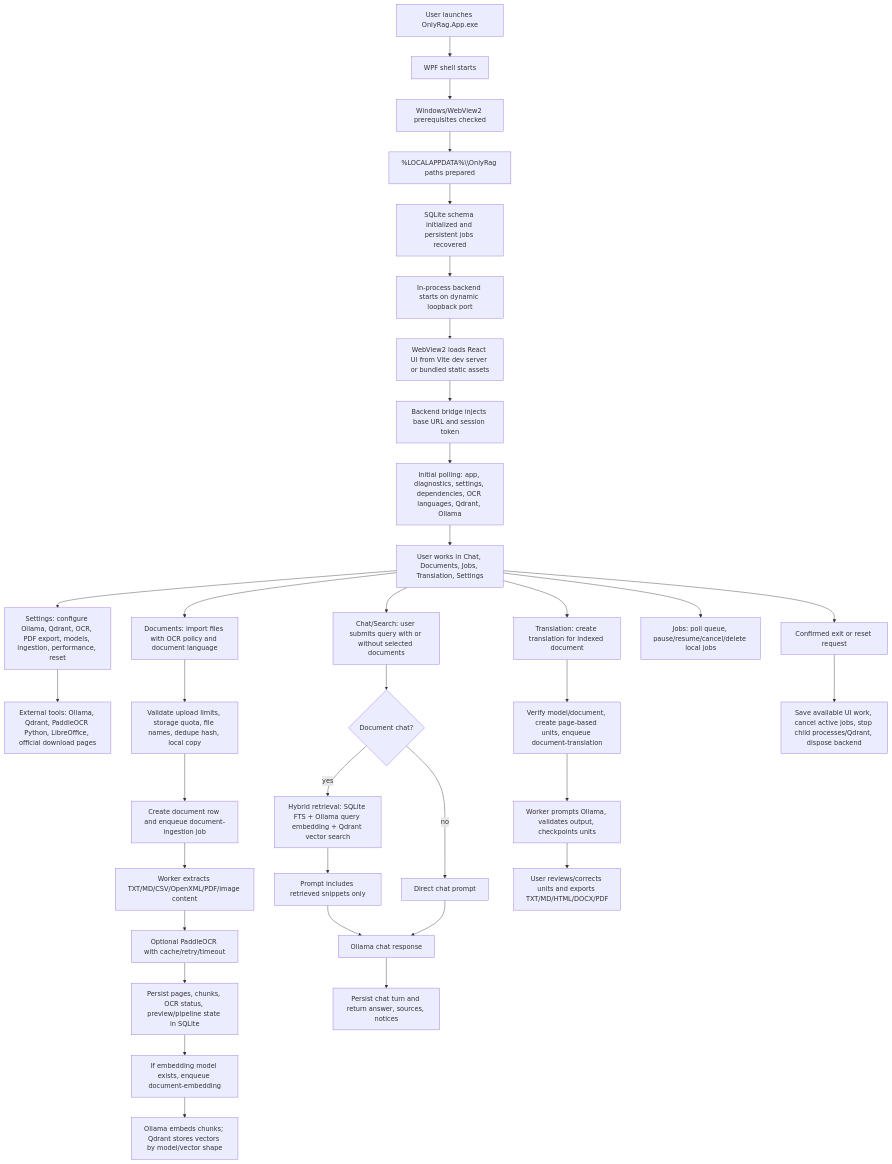
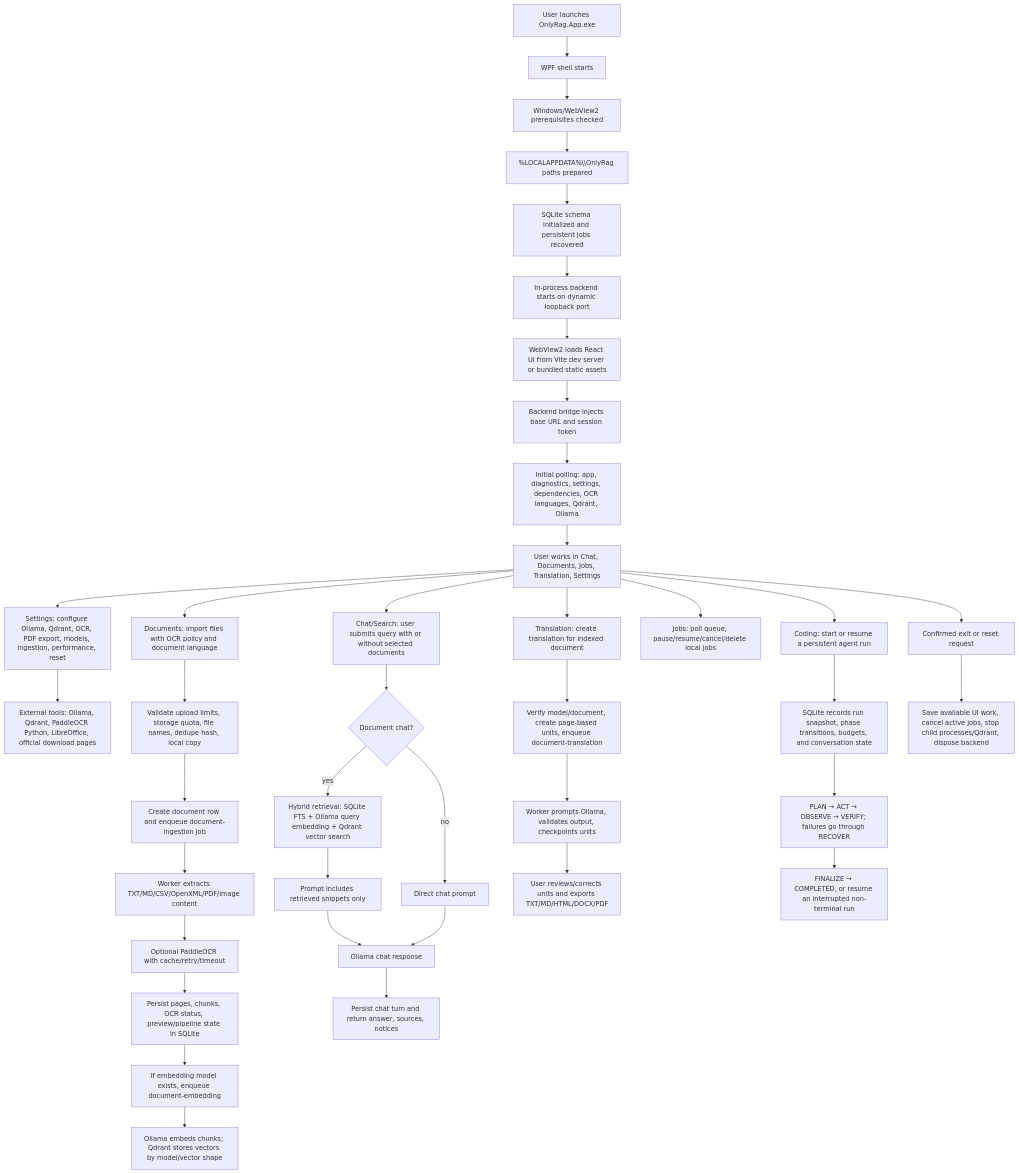
One commit to dennidalpos/OnlyRag changed the diagram in docs/APP_FLOW.md. Above: the diagram before and after it, drawn with Mermaid. The commit also changed other lines of this file and 43 other files, not shown here.

````diff
--- a/docs/APP_FLOW.md
+++ b/docs/APP_FLOW.md
@@ -6,42 +6,46 @@
 ```mermaid
 flowchart TD
     A["User launches OnlyRag.App.exe"] --> B["WPF shell starts"]
     B --> C["Windows/WebView2 prerequisites checked"]
     C --> D["%LOCALAPPDATA%\\OnlyRag paths prepared"]
     D --> E["SQLite schema initialized and persistent jobs recovered"]
     E --> F["In-process backend starts on dynamic loopback port"]
     F --> G["WebView2 loads React UI from Vite dev server or bundled static assets"]
     G --> H["Backend bridge injects base URL and session token"]
     H --> I["Initial polling: app, diagnostics, settings, dependencies, OCR languages, Qdrant, Ollama"]
     I --> J["User works in Chat, Documents, Jobs, Translation, Settings"]
 
     J --> K["Settings: configure Ollama, Qdrant, OCR, PDF export, models, ingestion, performance, reset"]
     K --> L["External tools: Ollama, Qdrant, PaddleOCR Python, LibreOffice, official download pages"]
 
     J --> M["Documents: import files with OCR policy and document language"]
     M --> N["Validate upload limits, storage quota, file names, dedupe hash, local copy"]
     N --> O["Create document row and enqueue document-ingestion job"]
     O --> P["Worker extracts TXT/MD/CSV/OpenXML/PDF/image content"]
     P --> Q["Optional PaddleOCR with cache/retry/timeout"]
     Q --> R["Persist pages, chunks, OCR status, preview/pipeline state in SQLite"]
     R --> S["If embedding model exists, enqueue document-embedding"]
     S --> T["Ollama embeds chunks; Qdrant stores vectors by model/vector shape"]
 
     J --> U["Chat/Search: user submits query with or without selected documents"]
     U --> V{"Document chat?"}
     V -->|yes| W["Hybrid retrieval: SQLite FTS + Ollama query embedding + Qdrant vector search"]
     W --> X["Prompt includes retrieved snippets only"]
     V -->|no| Y["Direct chat prompt"]
     X --> Z["Ollama chat response"]
     Y --> Z
     Z --> AA["Persist chat turn and return answer, sources, notices"]
 
     J --> AB["Translation: create translation for indexed document"]
     AB --> AC["Verify model/document, create page-based units, enqueue document-translation"]
     AC --> AD["Worker prompts Ollama, validates output, checkpoints units"]
     AD --> AE["User reviews/corrects units and exports TXT/MD/HTML/DOCX/PDF"]
 
     J --> AF["Jobs: poll queue, pause/resume/cancel/delete local jobs"]
+    J --> AI["Coding: start or resume a persistent agent run"]
+    AI --> AJ["SQLite records run snapshot, phase transitions, budgets, and conversation state"]
+    AJ --> AK["PLAN → ACT → OBSERVE → VERIFY; failures go through RECOVER"]
+    AK --> AL["FINALIZE → COMPLETED, or resume an interrupted non-terminal run"]
     J --> AG["Confirmed exit or reset request"]
     AG --> AH["Save available UI work, cancel active jobs, stop child processes/Qdrant, dispose backend"]
 ```
````
